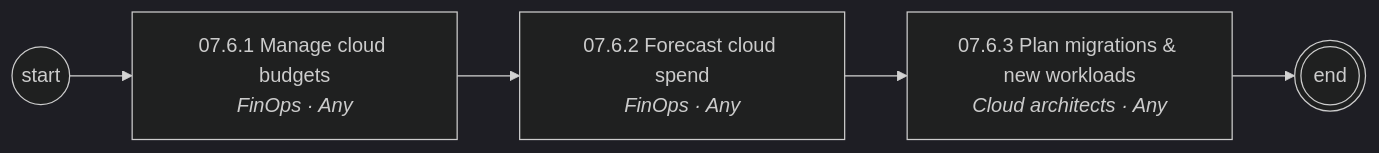
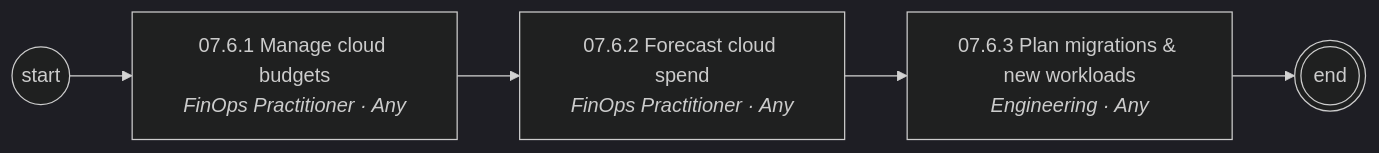
One commit to corbyjames/apptio-process-catalog changed the seventh of 7 diagrams in diagrams/mermaid/area-07.md. Above: the diagram before and after it, drawn with Mermaid (dark theme). The commit also changed other lines of this file and 251 other files, not shown here.

````diff
--- a/diagrams/mermaid/area-07.md
+++ b/diagrams/mermaid/area-07.md
@@ -103,11 +103,11 @@
 ```mermaid
 flowchart LR
   S((start))
-  N07_6_1["07.6.1 Manage cloud budgets<br/><i>FinOps · Any</i>"]
+  N07_6_1["07.6.1 Manage cloud budgets<br/><i>FinOps Practitioner · Any</i>"]
   S --> N07_6_1
-  N07_6_2["07.6.2 Forecast cloud spend<br/><i>FinOps · Any</i>"]
+  N07_6_2["07.6.2 Forecast cloud spend<br/><i>FinOps Practitioner · Any</i>"]
   N07_6_1 --> N07_6_2
-  N07_6_3["07.6.3 Plan migrations & new workloads<br/><i>Cloud architects · Any</i>"]
+  N07_6_3["07.6.3 Plan migrations & new workloads<br/><i>Engineering · Any</i>"]
   N07_6_2 --> N07_6_3
   N07_6_3 --> E(((end)))
 ```
````
